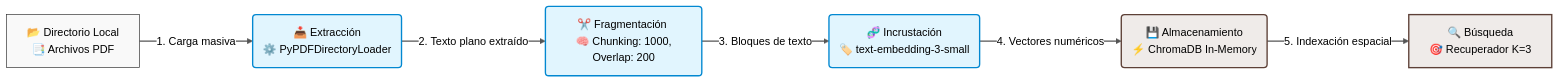
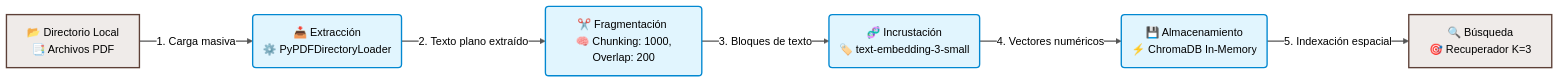
Before and after one commit to devhadson/RAG-Langchain-App-FilesPDF-Processing: the first of 3 diagrams in README.md, drawn with Mermaid (neutral theme). The commit also changed other lines of this file and 3 other files, not shown here.

````diff
--- a/README.md
+++ b/README.md
@@ -35,22 +35,22 @@
 ```mermaid
 graph LR
     %% Configuración de Estilos Generales
     classDef default fill:#f9f9f9,stroke:#333,stroke-width:1px;
     classDef destacado fill:#e1f5fe,stroke:#0288d1,stroke-width:2px;
     classDef baseDatos fill:#efebe9,stroke:#5d4037,stroke-width:2px;
 
     %% Nodos del Flujo
     A[📂 Directorio Local <br> 📑 Archivos PDF] -->|1. Carga masiva| B(📥 Extracción <br> ⚙️ PyPDFDirectoryLoader)
     B -->|2. Texto plano extraído| C(✂️ Fragmentación <br> 🧠 Chunking: 1000, Overlap: 200)
     C -->|3. Bloques de texto| D(🧬 Incrustación <br> 🏷️ text-embedding-3-small)
     D -->|4. Vectores numéricos| E(💾 Almacenamiento <br> ⚡ ChromaDB In-Memory)
     E -->|5. Indexación espacial| F[🔍 Búsqueda <br> 🎯 Recuperador K=3]
 
     %% Asignación de Estilos Especiales
-    class B,C,D destacado;
-    class E,F baseDatos;
+    class B,C,D,E destacado;
+    class A,F baseDatos;
 
     %% Personalización de enlaces (Aristas)
     linkStyle default stroke:#555,stroke-width:2px,circle;
 
 ```
````
